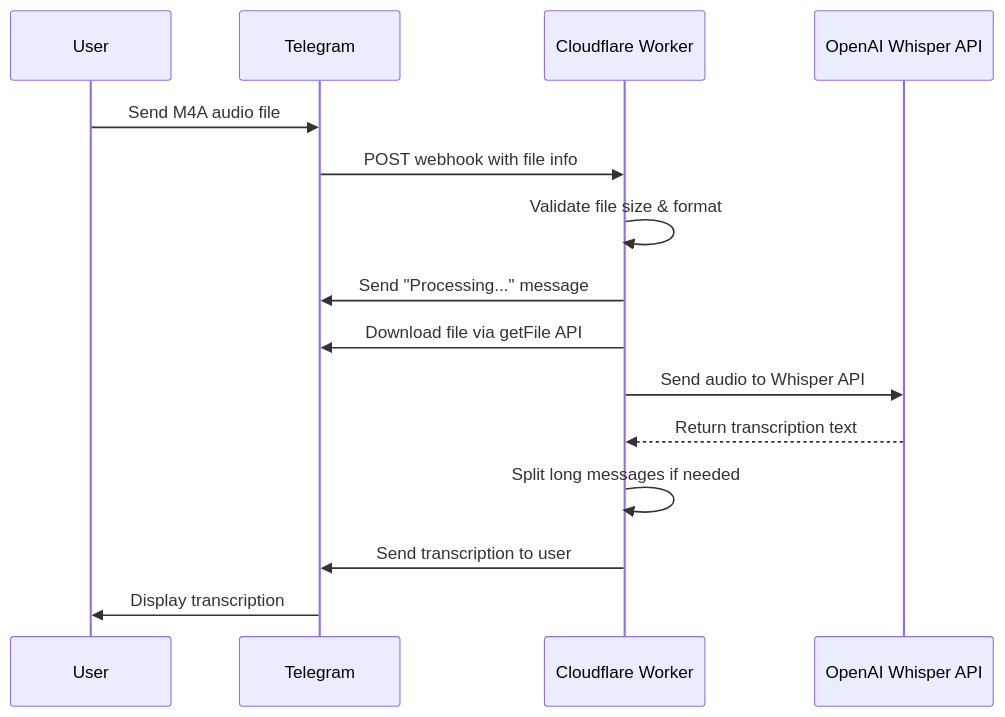
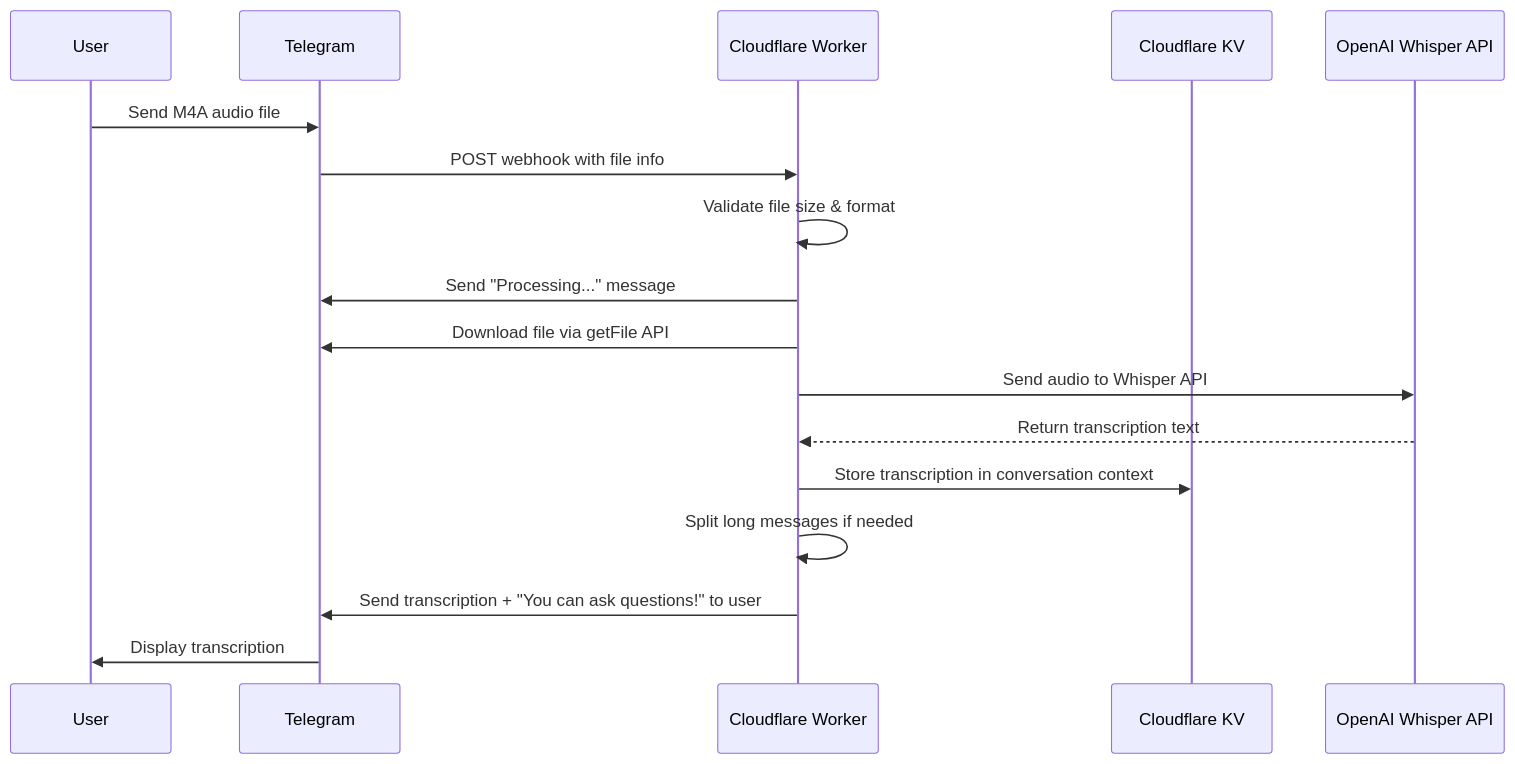
Before and after one commit to amiralikul/m4a-to-notes: the first of 2 diagrams in README.md, drawn with Mermaid. The commit also changed other lines of this file and 8 other files, not shown here.

Commit message:
Enhance README and bot functionality with AI chat support and conversation context storage. Update KV namespace configuration and improve logging format. Implement duplicate file processing check and manage conversation context for user queries.

````diff
--- a/README.md
+++ b/README.md
@@ -113,18 +143,20 @@
 ```mermaid
 sequenceDiagram
     participant U as User
     participant T as Telegram
     participant CW as Cloudflare Worker
+    participant KV as Cloudflare KV
     participant OAI as OpenAI Whisper API
 
     U->>T: Send M4A audio file
     T->>CW: POST webhook with file info
     CW->>CW: Validate file size & format
     CW->>T: Send "Processing..." message
     CW->>T: Download file via getFile API
     CW->>OAI: Send audio to Whisper API
     OAI-->>CW: Return transcription text
+    CW->>KV: Store transcription in conversation context
     CW->>CW: Split long messages if needed
-    CW->>T: Send transcription to user
+    CW->>T: Send transcription + "You can ask questions!" to user
     T->>U: Display transcription
 ```
````
